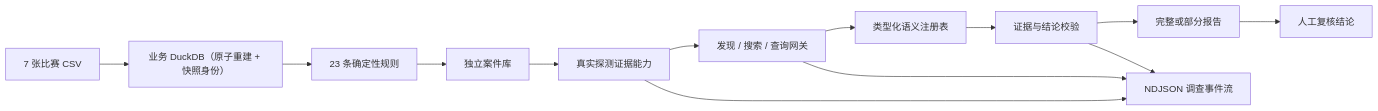
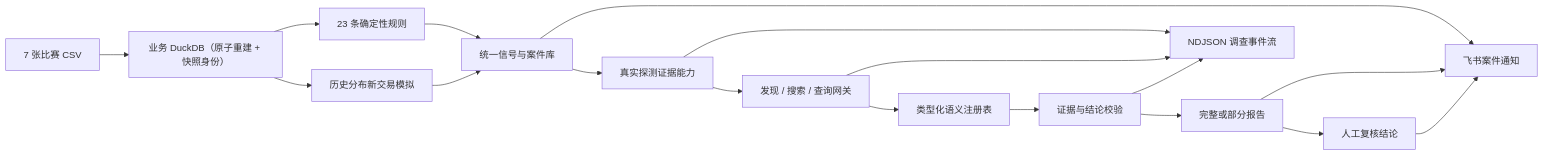
One commit to XiLongChong/ict-agent changed the diagram in docs/technical-solution.md. Above: the diagram before and after it, drawn with Mermaid. The commit also changed other lines of this file and 8 other files, not shown here.

````diff
--- a/docs/technical-solution.md
+++ b/docs/technical-solution.md
@@ -9,15 +9,20 @@
 ```mermaid
 flowchart LR
     CSV["7 张比赛 CSV"] --> DB["业务 DuckDB（原子重建 + 快照身份）"]
     DB --> RULE["23 条确定性规则"]
-    RULE --> CASE["独立案件库"]
+    DB --> SIM["历史分布新交易模拟"]
+    RULE --> CASE["统一信号与案件库"]
+    SIM --> CASE
     CASE --> CATALOG["真实探测证据能力"]
     CATALOG --> GATEWAY["发现 / 搜索 / 查询网关"]
     GATEWAY --> TOOLS["类型化语义注册表"]
     TOOLS --> VALIDATE["证据与结论校验"]
     VALIDATE --> REPORT["完整或部分报告"]
     REPORT --> REVIEW["人工复核结论"]
+    CASE --> FEISHU["飞书案件通知"]
+    REPORT --> FEISHU
+    REVIEW --> FEISHU
     CATALOG --> STREAM["NDJSON 调查事件流"]
     GATEWAY --> STREAM
     VALIDATE --> STREAM
 ```
````
